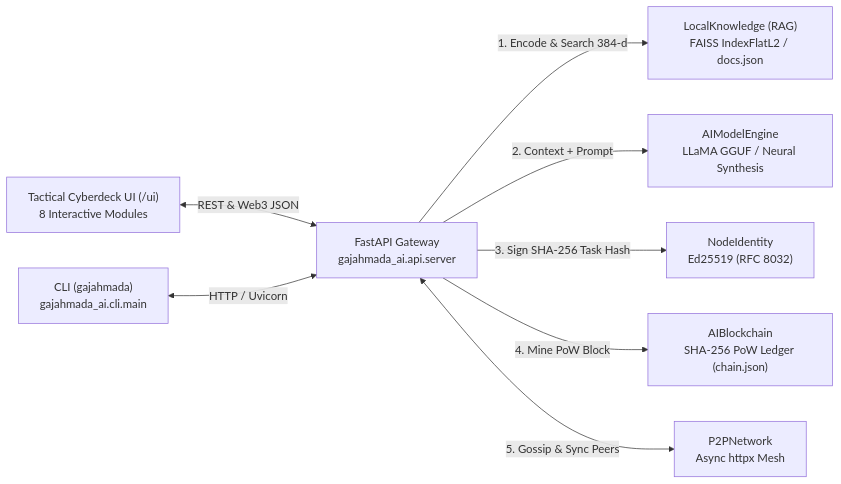
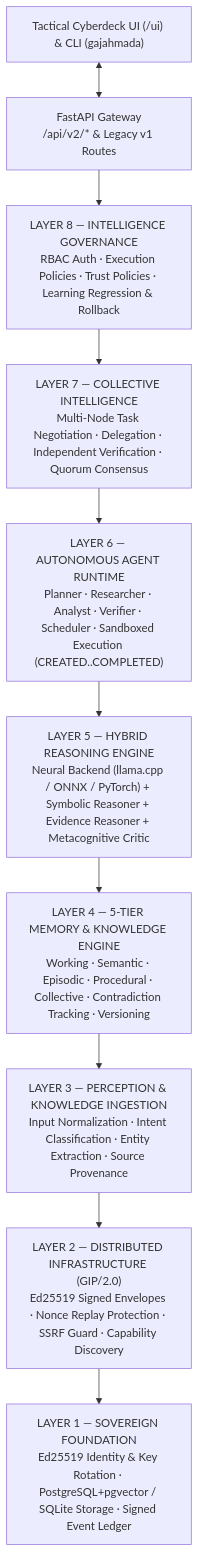
Before and after one commit to hoed/gajahmada-ai: the diagram in README.md, drawn with Mermaid. The commit also changed other lines of this file and 93 other files, not shown here.

````diff
--- a/README.md
+++ b/README.md
@@ -68,11 +80,12 @@
 ```mermaid
-flowchart LR
-    UI["Tactical Cyberdeck UI (/ui)<br/>8 Interactive Modules"] <-->|REST & Web3 JSON| API["FastAPI Gateway<br/>gajahmada_ai.api.server"]
-    CLI["CLI (gajahmada)<br/>gajahmada_ai.cli.main"] <-->|HTTP / Uvicorn| API
-
-    API -->|1. Encode & Search 384-d| RAG["LocalKnowledge (RAG)<br/>FAISS IndexFlatL2 / docs.json"]
-    API -->|2. Context + Prompt| CORE["AIModelEngine<br/>LLaMA GGUF / Neural Synthesis"]
-    API -->|3. Sign SHA-256 Task Hash| SEC["NodeIdentity<br/>Ed25519 (RFC 8032)"]
-    API -->|4. Mine PoW Block| CHAIN["AIBlockchain<br/>SHA-256 PoW Ledger (chain.json)"]
-    API <-->|5. Gossip & Sync Peers| P2P["P2PNetwork<br/>Async httpx Mesh"]
+flowchart TD
+    UI["Tactical Cyberdeck UI (/ui) & CLI (gajahmada)"] <--> API["FastAPI Gateway<br/>/api/v2/* & Legacy v1 Routes"]
+    API --> L8["LAYER 8 — INTELLIGENCE GOVERNANCE<br/>RBAC Auth · Execution Policies · Trust Policies · Learning Regression & Rollback"]
+    L8 --> L7["LAYER 7 — COLLECTIVE INTELLIGENCE<br/>Multi-Node Task Negotiation · Delegation · Independent Verification · Quorum Consensus"]
+    L7 --> L6["LAYER 6 — AUTONOMOUS AGENT RUNTIME<br/>Planner · Researcher · Analyst · Verifier · Scheduler · Sandboxed Execution (CREATED..COMPLETED)"]
+    L6 --> L5["LAYER 5 — HYBRID REASONING ENGINE<br/>Neural Backend (llama.cpp / ONNX / PyTorch) + Symbolic Reasoner + Evidence Reasoner + Metacognitive Critic"]
+    L5 --> L4["LAYER 4 — 5-TIER MEMORY & KNOWLEDGE ENGINE<br/>Working · Semantic · Episodic · Procedural · Collective · Contradiction Tracking · Versioning"]
+    L4 --> L3["LAYER 3 — PERCEPTION & KNOWLEDGE INGESTION<br/>Input Normalization · Intent Classification · Entity Extraction · Source Provenance"]
+    L3 --> L2["LAYER 2 — DISTRIBUTED INFRASTRUCTURE (GIP/2.0)<br/>Ed25519 Signed Envelopes · Nonce Replay Protection · SSRF Guard · Capability Discovery"]
+    L2 --> L1["LAYER 1 — SOVEREIGN FOUNDATION<br/>Ed25519 Identity & Key Rotation · PostgreSQL+pgvector / SQLite Storage · Signed Event Ledger"]
 ```
````
